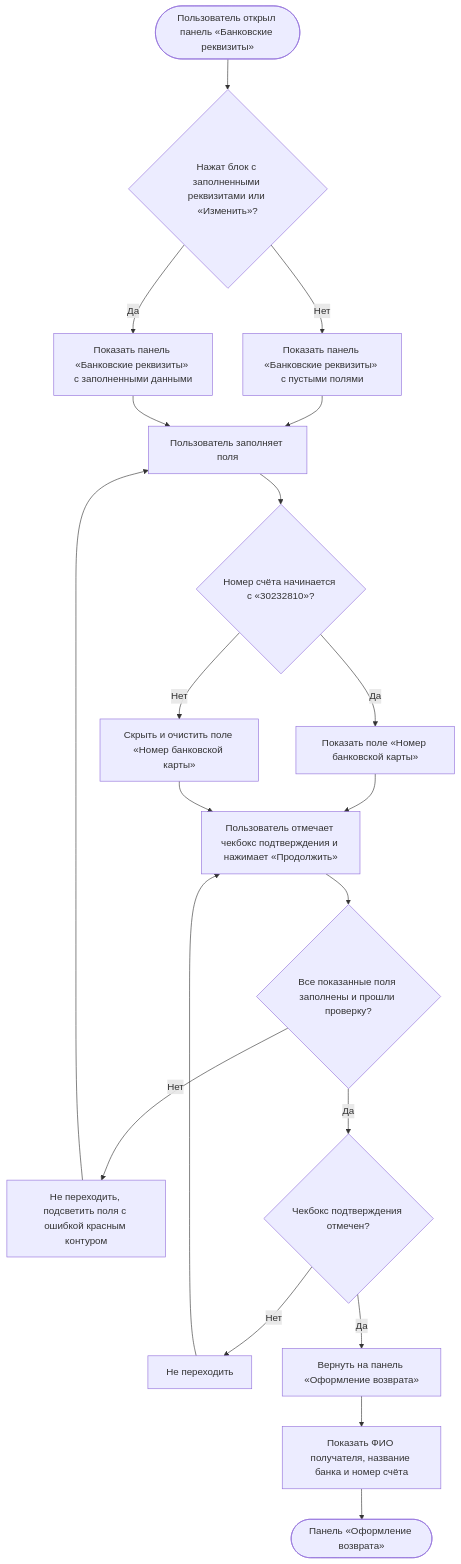
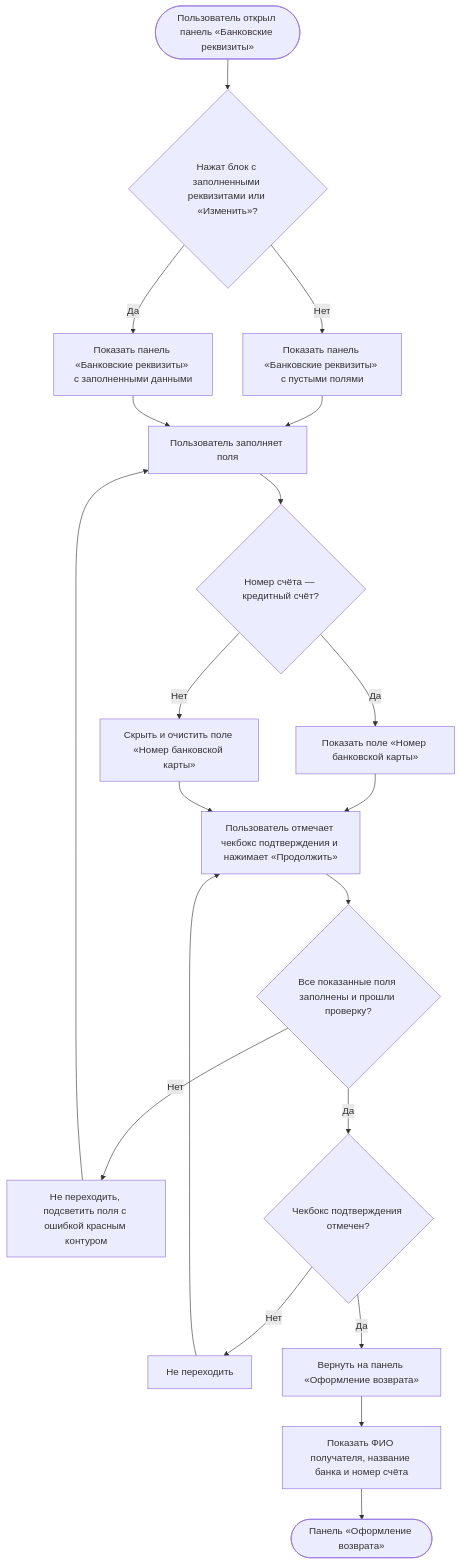
Diagram 16 of 26 in projects/returns-2.0/requirements/srs/srs-web-mvp.md (Terinss155/opencode-agents-analysis), drawn with Mermaid before and after one commit. The commit also changed other lines of this file and 565 other files, not shown here.

````diff
--- a/projects/returns-2.0/requirements/srs/srs-web-mvp.md
+++ b/projects/returns-2.0/requirements/srs/srs-web-mvp.md
@@ -1016,22 +1016,22 @@
 ```mermaid
 flowchart TD
     S([Пользователь открыл панель «Банковские реквизиты»]) --> E{"Нажат блок с заполненными реквизитами или «Изменить»?"}
     E -->|Нет| E1["Показать панель «Банковские реквизиты» с пустыми полями"]
     E -->|Да| E2["Показать панель «Банковские реквизиты» с заполненными данными"]
     E1 --> F0["Пользователь заполняет поля"]
     E2 --> F0
-    F0 --> CR{"Номер счёта начинается с «30232810»?"}
+    F0 --> CR{"Номер счёта — кредитный счёт?"}
     CR -->|Да| CR1["Показать поле «Номер банковской карты»"]
     CR -->|Нет| CR2["Скрыть и очистить поле «Номер банковской карты»"]
     CR1 --> F["Пользователь отмечает чекбокс подтверждения и нажимает «Продолжить»"]
     CR2 --> F
     F --> V{"Все показанные поля заполнены и прошли проверку?"}
     V -->|Нет| X1["Не переходить, подсветить поля с ошибкой красным контуром"]
     X1 --> F0
     V -->|Да| K{"Чекбокс подтверждения отмечен?"}
     K -->|Нет| X2["Не переходить"]
     X2 --> F
     K -->|Да| H["Вернуть на панель «Оформление возврата»"]
     H --> H1["Показать ФИО получателя, название банка и номер счёта"]
     H1 --> Z([Панель «Оформление возврата»])
 ```
````
